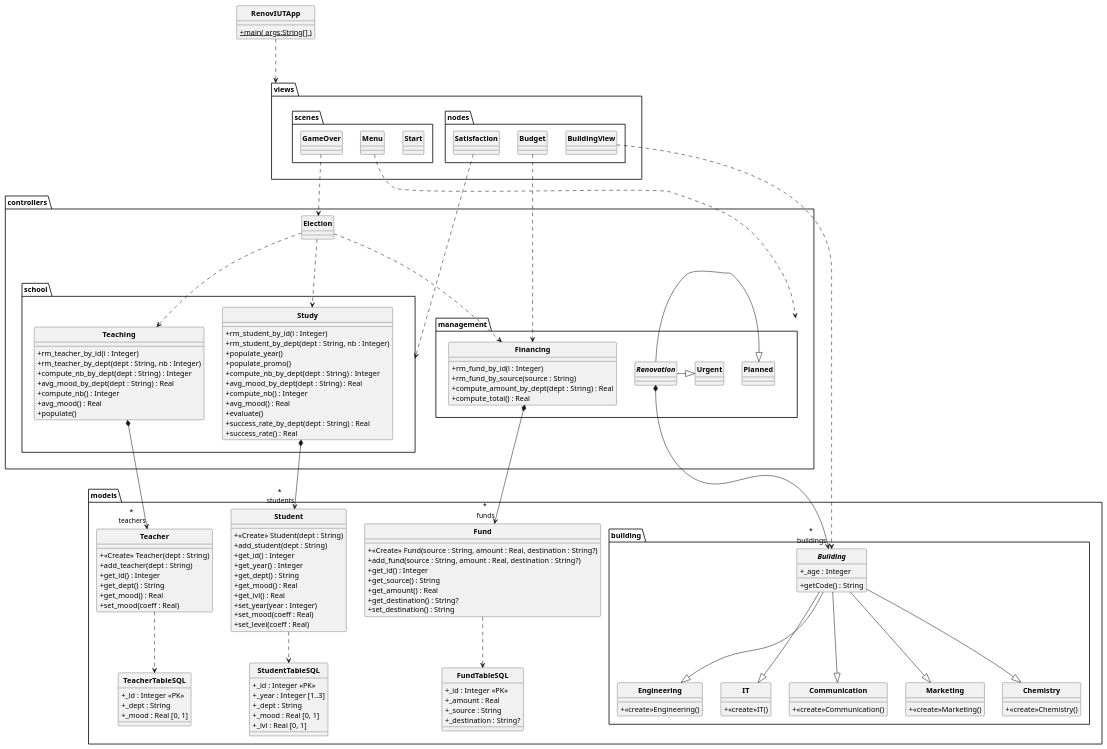
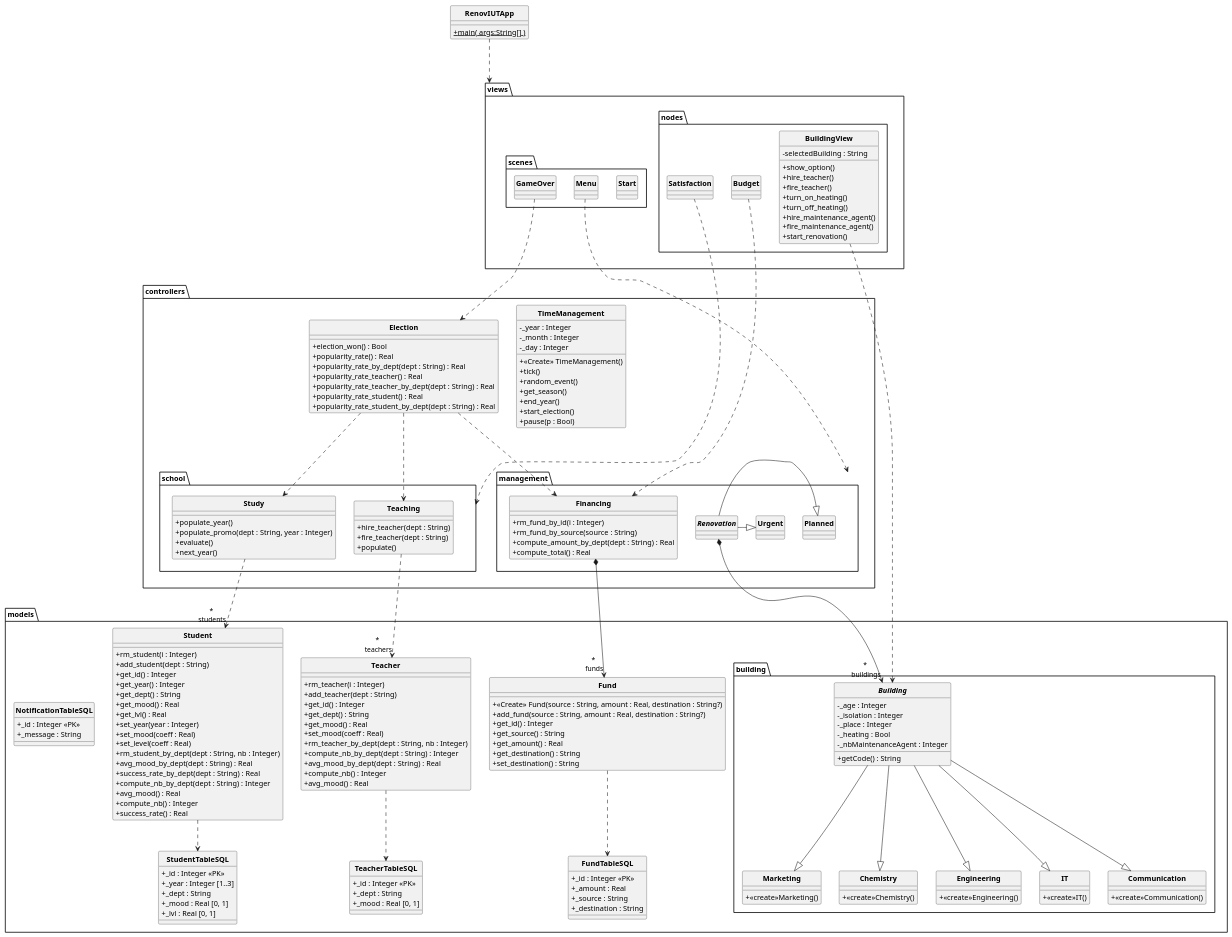
Before and after one commit to MartinFrison/Renov-IUT: the diagram in uml/renov-iut.puml, drawn with PlantUML.

Commit message:
update uml

```diff
--- a/uml/renov-iut.puml
+++ b/uml/renov-iut.puml
@@ -10,13 +10,138 @@
     + {static} main( args:String[] )
 }
 
+
+
+package views {
+    package nodes {
+        class BuildingView
+        {
+            - selectedBuilding : String
+            + show_option()
+            + hire_teacher()
+            + fire_teacher()
+            + turn_on_heating()
+            + turn_off_heating()
+            + hire_maintenance_agent()
+            + fire_maintenance_agent()
+            + start_renovation()
+        }
+
+        class Budget
+        {
+        }
+
+        class Satisfaction
+        {
+        }
+    }
+    package scenes 
+    {
+        class Start {
+        }
+
+        class Menu {
+        }
+
+        class GameOver {
+        }
+    }
+}
+
+
+
+
+
+
+package controllers 
+{
+    class TimeManagement
+    {
+        - _year : Integer
+        - _month : Integer
+        - _day : Integer
+        + <<Create>> TimeManagement()
+        + tick()
+        + random_event()
+        + get_season()
+        + end_year()
+        + start_election()
+        + pause(p : Bool)
+    }
+
+    package school 
+    {
+
+        'Class static pour gérer les étudiants'
+        class Study
+        {
+            + populate_year()
+            + populate_promo(dept : String, year : Integer)
+            + evaluate()
+            'test pour chaque étudiant s'il passe l'année
+            + next_year()
+        }
+
+        'Class static pour gérer les proffesseurs'
+        class Teaching
+        {
+            + hire_teacher(dept : String)
+            + fire_teacher(dept : String)
+            + populate()
+        }
+    }
+
+    package management {
+        class Financing
+        {
+            + rm_fund_by_id(i : Integer)
+            + rm_fund_by_source(source : String)
+            + compute_amount_by_dept(dept : String) : Real
+            + compute_total() : Real
+        }
+
+        abstract class Renovation {
+
+        }
+
+        class Planned {
+
+        }
+
+        class Urgent {
+
+        }
+    }
+
+    'class qui simule l'éléction et renvoie le détail du résultat '
+    class Election
+    {
+        + election_won() : Bool
+        + popularity_rate() : Real
+        + popularity_rate_by_dept(dept : String) : Real
+        + popularity_rate_teacher() : Real
+        + popularity_rate_teacher_by_dept(dept : String) : Real
+        + popularity_rate_student() : Real
+        + popularity_rate_student_by_dept(dept : String) : Real
+    }
+}
+
+
+
+
+
+
 package models 
 {
     package building
     {
         abstract class Building 
         {
-            + _age : Integer
+            - _age : Integer
+            - _isolation : Integer
+            - _place : Integer
+            - _heating : Bool
+            - _nbMaintenanceAgent : Integer
             + getCode() : String
         }
 
@@ -46,9 +171,11 @@
         }
     }
 
+    'Class static manipuler les données des étudiants'
     class Student 
-    {
-        + «Create» Student(dept : String)
+    {      
+        'selection par id'      
+        + rm_student(i : Integer)
         + add_student(dept : String)
         + get_id() : Integer
         + get_year() : Integer
@@ -58,17 +185,34 @@
         + set_year(year : Integer)
         + set_mood(coeff : Real)
         + set_level(coeff : Real)
+        'selection par departement'
+        + rm_student_by_dept(dept : String, nb : Integer)
+        + avg_mood_by_dept(dept : String) : Real
+        + success_rate_by_dept(dept : String) : Real
+        + compute_nb_by_dept(dept : String) : Integer
+        'selection global'
+        + avg_mood() : Real
+        + compute_nb() : Integer
+        + success_rate() : Real
     }
 
-
+    'Class static manipuler les données des proffesseurs'
     class Teacher
     {
-        + «Create» Teacher(dept : String)
+        'selection par id' 
+        + rm_teacher(i : Integer)
         + add_teacher(dept : String)
         + get_id() : Integer
         + get_dept() : String
         + get_mood() : Real
         + set_mood(coeff : Real)
+        'selection par departement'
+        + rm_teacher_by_dept(dept : String, nb : Integer)
+        + compute_nb_by_dept(dept : String) : Integer
+        + avg_mood_by_dept(dept : String) : Real
+        'selection global'
+        + compute_nb() : Integer
+        + avg_mood() : Real
     }
 
     class Fund
@@ -78,10 +222,11 @@
         + get_id() : Integer
         + get_source() : String
         + get_amount() : Real
-        + get_destination() : String?
+        + get_destination() : String
         + set_destination() : String
     }
 
+    'Table SQL des étudiants'
     class StudentTableSQL
     {
         + _id : Integer <<PK>>
@@ -91,6 +236,7 @@
         + _lvl : Real [0, 1]
     }
 
+    'Table SQL des proffesseurs'
     class TeacherTableSQL
     {
         + _id : Integer <<PK>>
@@ -98,105 +244,34 @@
         + _mood : Real [0, 1]
     }
 
+    'Table SQL des financements'
     class FundTableSQL
     {
         + _id : Integer <<PK>>
         + _amount : Real
         + _source : String
-        + _destination : String?
+        + _destination : String
+    }
+
+    'Table SQL des notifications'
+    class NotificationTableSQL
+    {
+        + _id : Integer <<PK>>
+        + _message : String
     }
 }
 
-package controllers {
-    package school {
-        class Study
-        {
-            + rm_student_by_id(i : Integer)
-            + rm_student_by_dept(dept : String, nb : Integer)
-            + populate_year()
-            + populate_promo()
-            + compute_nb_by_dept(dept : String) : Integer
-            + avg_mood_by_dept(dept : String) : Real
-            + compute_nb() : Integer
-            + avg_mood() : Real
-            + evaluate()
-            + success_rate_by_dept(dept : String) : Real
-            + success_rate() : Real
-        }
 
-        class Teaching
-        {
-            + rm_teacher_by_id(i : Integer)
-            + rm_teacher_by_dept(dept : String, nb : Integer)
-            + compute_nb_by_dept(dept : String) : Integer
-            + avg_mood_by_dept(dept : String) : Real
-            + compute_nb() : Integer
-            + avg_mood() : Real
-            + populate()
-        }
-    }
-    package management {
-        class Financing
-        {
-            + rm_fund_by_id(i : Integer)
-            + rm_fund_by_source(source : String)
-            + compute_amount_by_dept(dept : String) : Real
-            + compute_total() : Real
-        }
 
-        abstract class Renovation {
-
-        }
-
-        class Planned {
-
-        }
-
-        class Urgent {
-
-        }
-    }
-
-    class Election
-    {
-
-    }
-}
-
-package views {
-    package nodes {
-        class BuildingView
-        {
-        }
-
-        class Budget
-        {
-        }
-
-        class Satisfaction
-        {
-        }
-    }
-    package scenes 
-    {
-        class Start {
-        }
-
-        class Menu {
-        }
-
-        class GameOver {
-        }
-    }
-}
 
 RenovIUTApp ...> views
 'controllers ..> models - déjà reflété par les liens de composition
 'views ....> models
 'views ...> controllers
 
-Study *--> "*\n students" Student
-Teaching *--> "*\n teachers" Teacher
+'Les controllers Study et Teaching utilise Students et Teachers pour manipuler les données du modèle'
+Study ..> "*\n students" Student  
+Teaching ..> "*\n teachers" Teacher
 Renovation *---> "*\n buildings" Building
 Financing *--> "*\n funds" Fund
 
@@ -204,14 +279,17 @@
 Teacher ..> TeacherTableSQL
 Fund ..> FundTableSQL
 
+'Il y a 5 département avec leur spécificités qui hérite de building'
 Building --|> IT
 Building --|> Communication
 Building --|> Marketing
 Building --|> Chemistry
 Building --|> Engineering
 
+
 Renovation -|> Urgent
 Renovation -|> Planned
+
 
 Election ...> Study
 Election ...> Teaching
```
